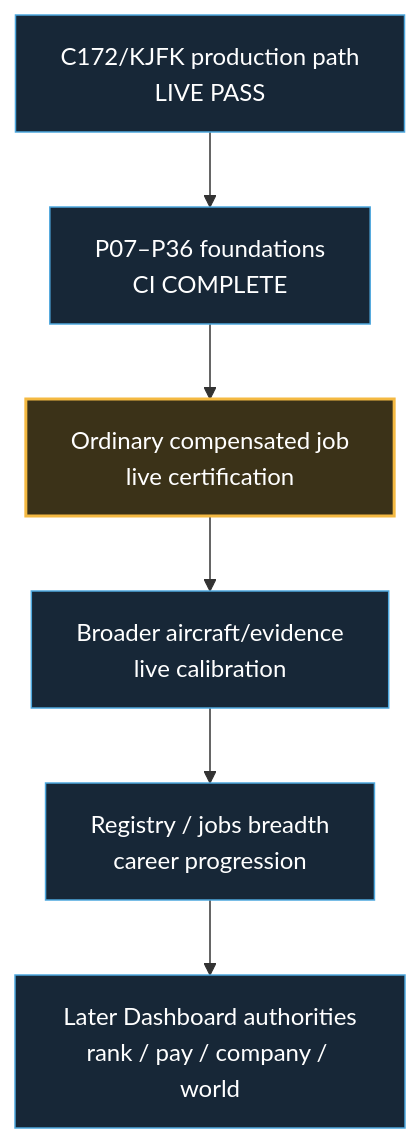
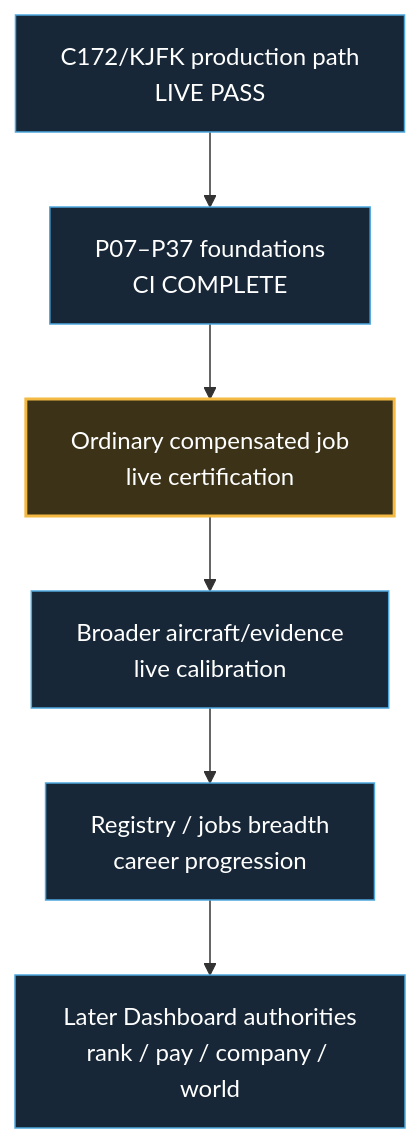
One commit to dhavalpddn-eng/OpenCareer changed the second of 2 diagrams in docs/development-master-checklist.md. Above: the diagram before and after it, drawn with Mermaid. The commit also changed other lines of this file and 2 other files, not shown here.

````diff
--- a/docs/development-master-checklist.md
+++ b/docs/development-master-checklist.md
@@ -54,13 +54,13 @@
 ```mermaid
 flowchart TD
-    A["C172/KJFK production path<br/>LIVE PASS"] --> B["P07–P36 foundations<br/>CI COMPLETE"]
+    A["C172/KJFK production path<br/>LIVE PASS"] --> B["P07–P37 foundations<br/>CI COMPLETE"]
     B --> C["Ordinary compensated job<br/>live certification"]
     C --> D["Broader aircraft/evidence<br/>live calibration"]
     D --> E["Registry / jobs breadth<br/>career progression"]
     E --> F["Later Dashboard authorities<br/>rank / pay / company / world"]
 
     classDef next fill:#3b3218,stroke:#F4B942,color:#fff,stroke-width:2px;
     classDef future fill:#172737,stroke:#4EA8DE,color:#fff,stroke-width:1px;
     class C next;
     class A,B,D,E,F future;
 ```
````
